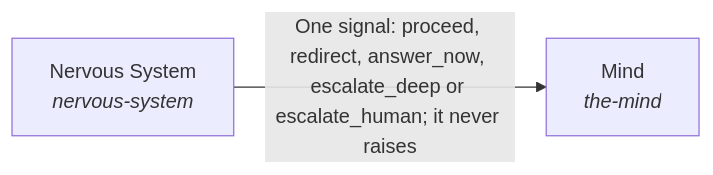
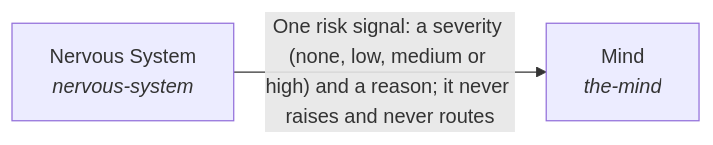
Before and after one commit to SpiritualData/ai-hub-of-hubs-structure: the diagram in hubofhubs/the_intelligence/README.md, drawn with Mermaid. The commit also changed other lines of this file and 67 other files, not shown here.

````diff
--- a/hubofhubs/the_intelligence/README.md
+++ b/hubofhubs/the_intelligence/README.md
@@ -17,6 +17,6 @@
 ```mermaid
 flowchart LR
     s0["Nervous System<br/><i>nervous-system</i>"]
     s1["Mind<br/><i>the-mind</i>"]
-    s0 -->|"One signal: proceed, redirect, answer_now, escalate_deep or escalate_human; it never raises"| s1
+    s0 -->|"One risk signal: a severity (none, low, medium or high) and a reason; it never raises and never routes"| s1
 ```
````
